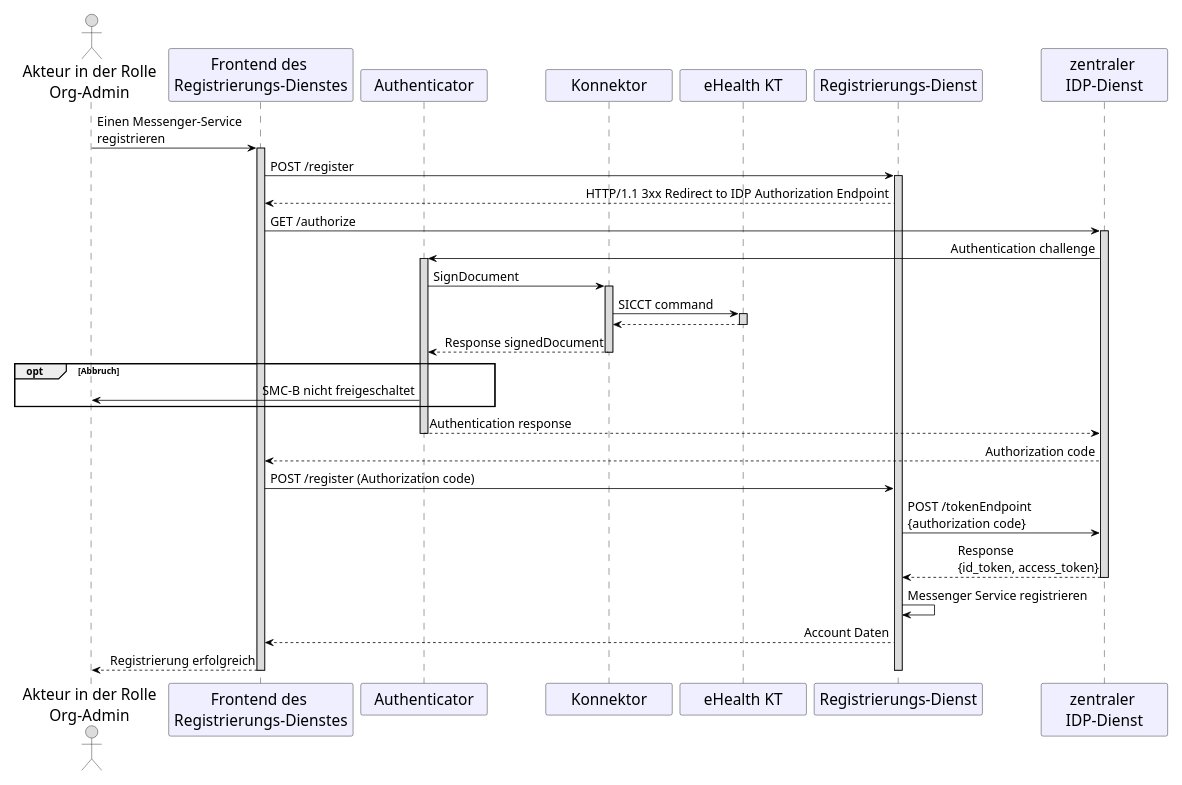
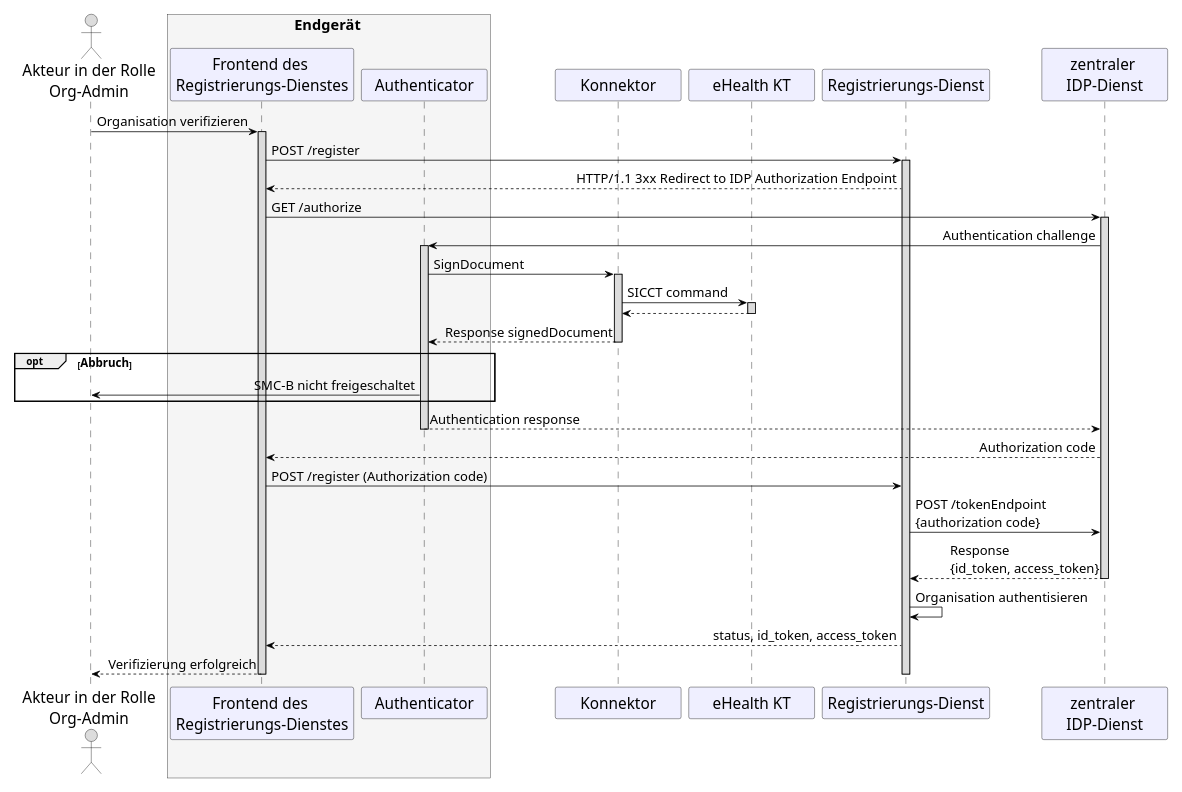
Before and after one commit to gematik/api-ti-messenger: the diagram in src/plantuml/TI-Messenger, Sequenzdiagramm Bestellung eines TI-Messenger Service.puml, drawn with PlantUML.

Commit message:
Update TI-Messenger, Sequenzdiagramm Bestellung eines TI-Messenger Service.puml

```diff
--- a/src/plantuml/TI-Messenger, Sequenzdiagramm Bestellung eines TI-Messenger Service.puml
+++ b/src/plantuml/TI-Messenger, Sequenzdiagramm Bestellung eines TI-Messenger Service.puml
@@ -1,72 +1,74 @@
 @startuml
 skinparam sequenceMessageAlign direction
 skinparam WrapWidth 300
 skinparam minClassWidth 150
 skinparam BoxPadding 1
 scale max 850 width
 
 skinparam sequence {
 ArrowColor black
-ArrowFontSize 16
+ArrowFontSize 17
 ActorBorderColor black
 LifeLineBorderColor black
 LifeLineBackgroundColor Gainsboro
 
 ParticipantBorderColor Motivation
 ParticipantBackgroundColor Motivation
 ParticipantFontName Impact
 ParticipantFontSize 20
 ParticipantFontColor black
 ParticipantBorderColor Black
 ParticipantBackgroundColor MOTIVATION
 
 ActorBackgroundColor Gainsboro
 ActorFontColor black
 ActorFontSize 20
 ActorFontName Aapex
 }
 
 'title "TI-M, Sequenzdiagramm Bestellung eines Messenger-Service"
 actor oa as "Akteur in der Rolle\nOrg-Admin"
+box <size:19>Endgerät</size> #WhiteSmoke
 participant wb as "Frontend des \nRegistrierungs-Dienstes"
 participant au as "Authenticator"
+end box
 participant ko as "Konnektor"
 participant kt as "eHealth KT"
 participant rd as "Registrierungs-Dienst"
 participant ip as "zentraler \nIDP-Dienst"
 
-oa -> wb: Einen Messenger-Service \nregistrieren
+oa -> wb: Organisation verifizieren
 activate wb
 wb -> rd:POST /register 
 activate rd
 rd --> wb: HTTP/1.1 3xx Redirect to IDP Authorization Endpoint
 wb -> ip: GET /authorize
 activate ip
 ip -> au: Authentication challenge
 'wb -> au: Authentication
 activate au
 au -> ko: SignDocument
 activate ko
 ko -> kt: SICCT command
 activate kt
 kt --> ko
 deactivate kt
 ko --> au: Response signedDocument
 deactivate ko
-opt Abbruch
+opt <size:15>Abbruch</size>
 au -> oa: SMC-B nicht freigeschaltet
 end
 'au -->wb: Authentication response
 au -->ip: Authentication response
 deactivate au
 ip --> wb: Authorization code
 wb -> rd: POST /register (Authorization code)
 rd -> ip: POST /tokenEndpoint\n{authorization code}
 ip --> rd: Response\n{id_token, access_token}
 deactivate ip
-rd -> rd: Messenger Service registrieren
-rd --> wb: Account Daten
-wb --> oa: Registrierung erfolgreich
+rd -> rd: Organisation authentisieren
+rd --> wb: status, id_token, access_token
+wb --> oa: Verifizierung erfolgreich
 deactivate rd
 deactivate wb
 @enduml
```
